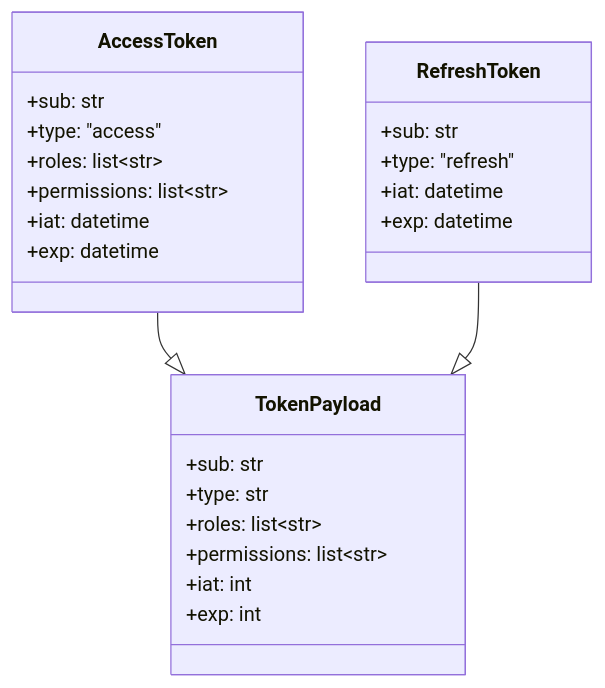
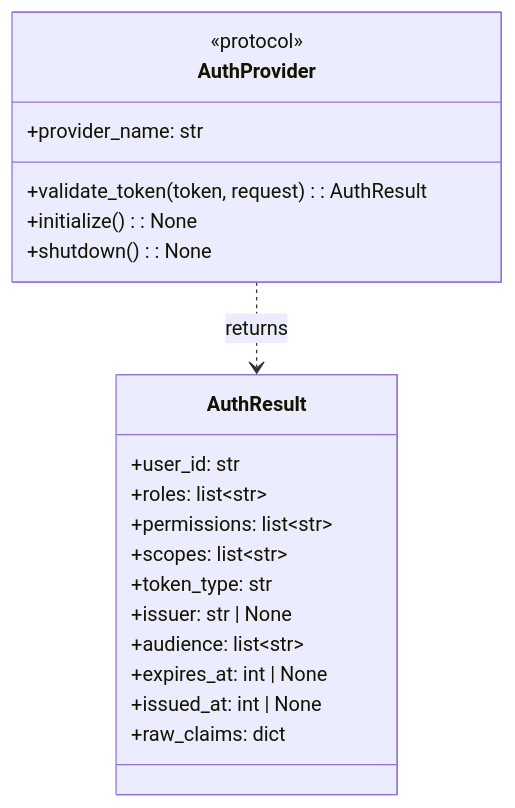
Before and after one commit to Recipe-Web-App/recipe-scraper-service: the fifth of 14 diagrams in docs/architecture.md, drawn with Mermaid. The commit also changed other lines of this file and 33 other files, not shown here.

````diff
--- a/docs/architecture.md
+++ b/docs/architecture.md
@@ -110,30 +135,25 @@
 ```mermaid
 classDiagram
-    class AccessToken {
-        +sub: str
-        +type: "access"
+    class AuthResult {
+        +user_id: str
         +roles: list~str~
         +permissions: list~str~
-        +iat: datetime
-        +exp: datetime
+        +scopes: list~str~
+        +token_type: str
+        +issuer: str | None
+        +audience: list~str~
+        +expires_at: int | None
+        +issued_at: int | None
+        +raw_claims: dict
     }
 
-    class RefreshToken {
-        +sub: str
-        +type: "refresh"
-        +iat: datetime
-        +exp: datetime
+    class AuthProvider {
+        <<protocol>>
+        +provider_name: str
+        +validate_token(token, request): AuthResult
+        +initialize(): None
+        +shutdown(): None
     }
 
-    class TokenPayload {
-        +sub: str
-        +type: str
-        +roles: list~str~
-        +permissions: list~str~
-        +iat: int
-        +exp: int
-    }
-
-    AccessToken --|> TokenPayload
-    RefreshToken --|> TokenPayload
+    AuthProvider ..> AuthResult : returns
 ```
````
